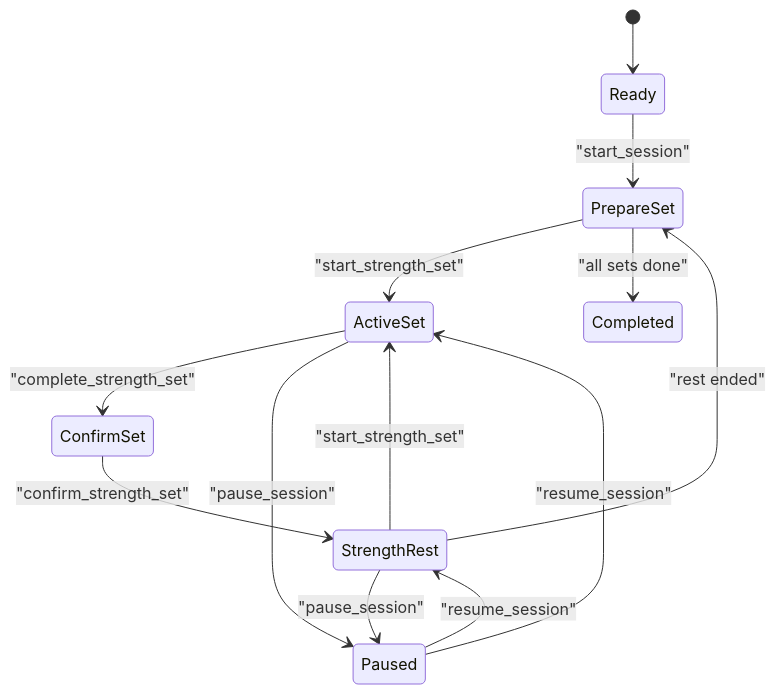
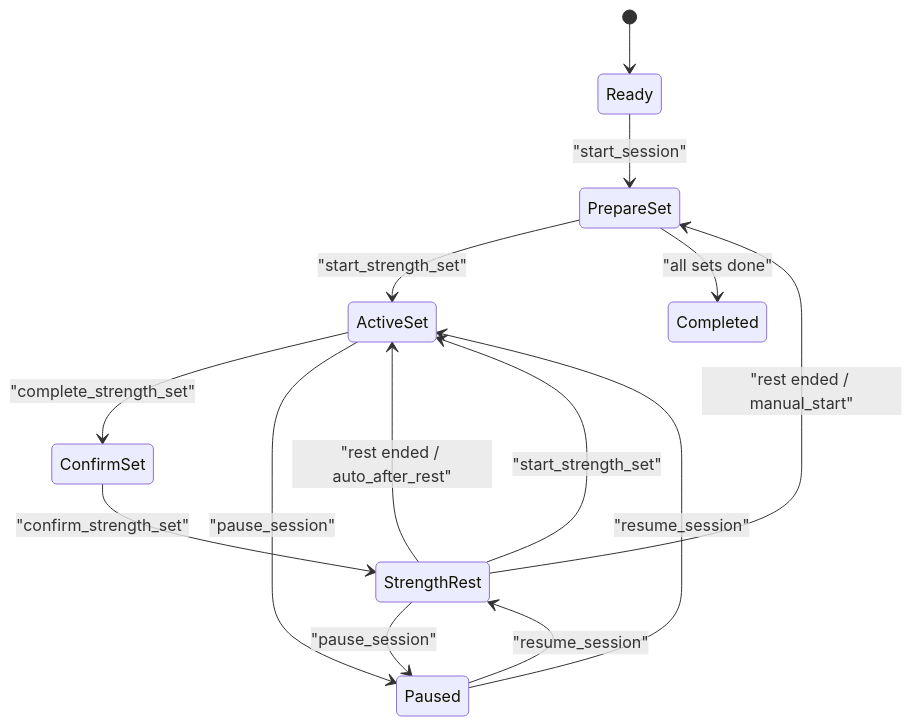
Before and after one commit to liujyks-creator/jianshen: the second of 2 diagrams in docs/architecture.md, drawn with Mermaid. The commit also changed other lines of this file and 10 other files, not shown here.

Commit message:
Fix strength rest cue and auto-start

````diff
--- a/docs/architecture.md
+++ b/docs/architecture.md
@@ -288,15 +288,16 @@
 ```mermaid
 stateDiagram-v2
     [*] --> Ready
     Ready --> PrepareSet: "start_session"
     PrepareSet --> ActiveSet: "start_strength_set"
     ActiveSet --> ConfirmSet: "complete_strength_set"
     ConfirmSet --> StrengthRest: "confirm_strength_set"
-    StrengthRest --> PrepareSet: "rest ended"
+    StrengthRest --> PrepareSet: "rest ended / manual_start"
+    StrengthRest --> ActiveSet: "rest ended / auto_after_rest"
     StrengthRest --> ActiveSet: "start_strength_set"
     PrepareSet --> Completed: "all sets done"
     ActiveSet --> Paused: "pause_session"
     StrengthRest --> Paused: "pause_session"
     Paused --> ActiveSet: "resume_session"
     Paused --> StrengthRest: "resume_session"
 ```
````
